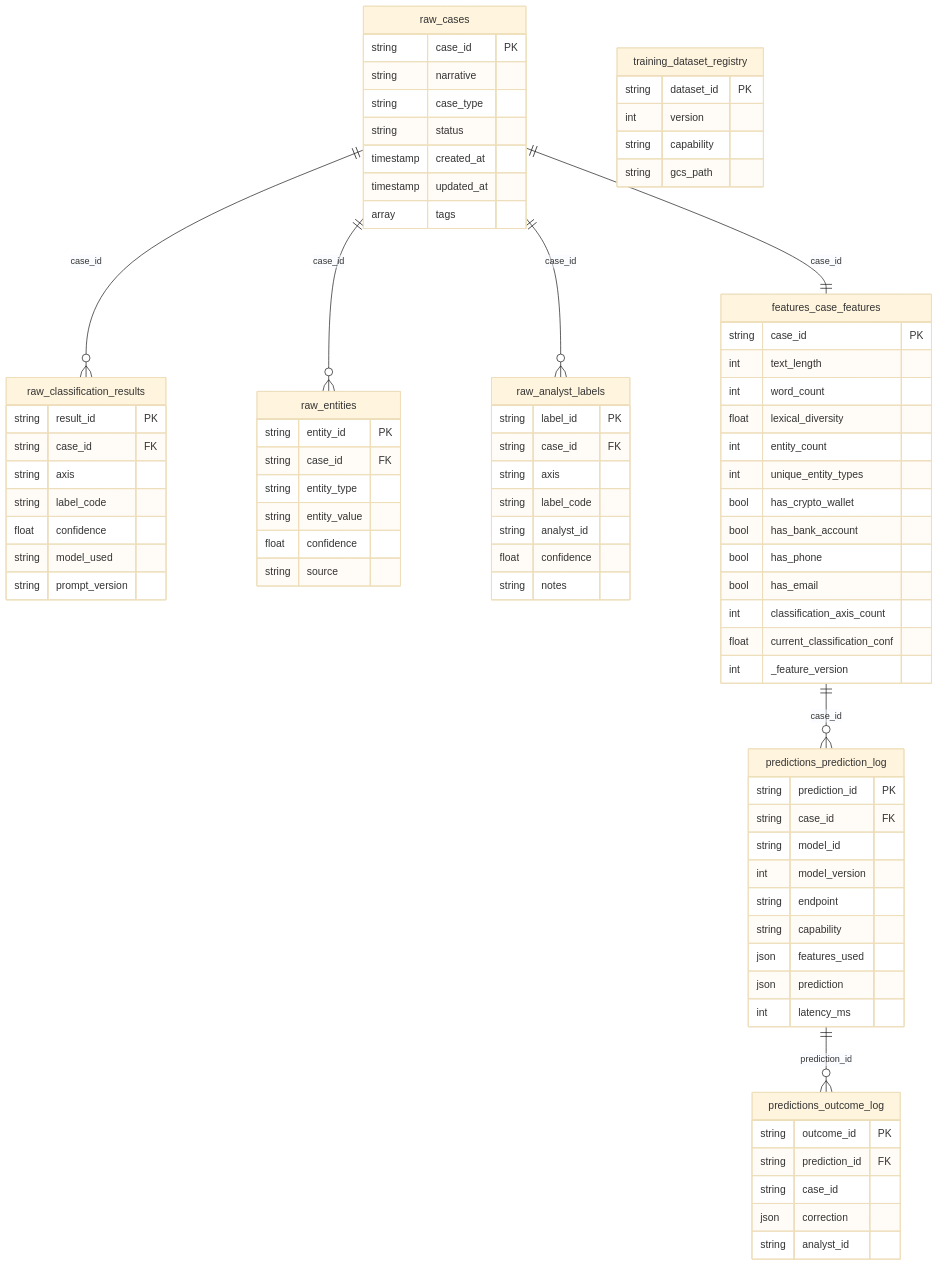
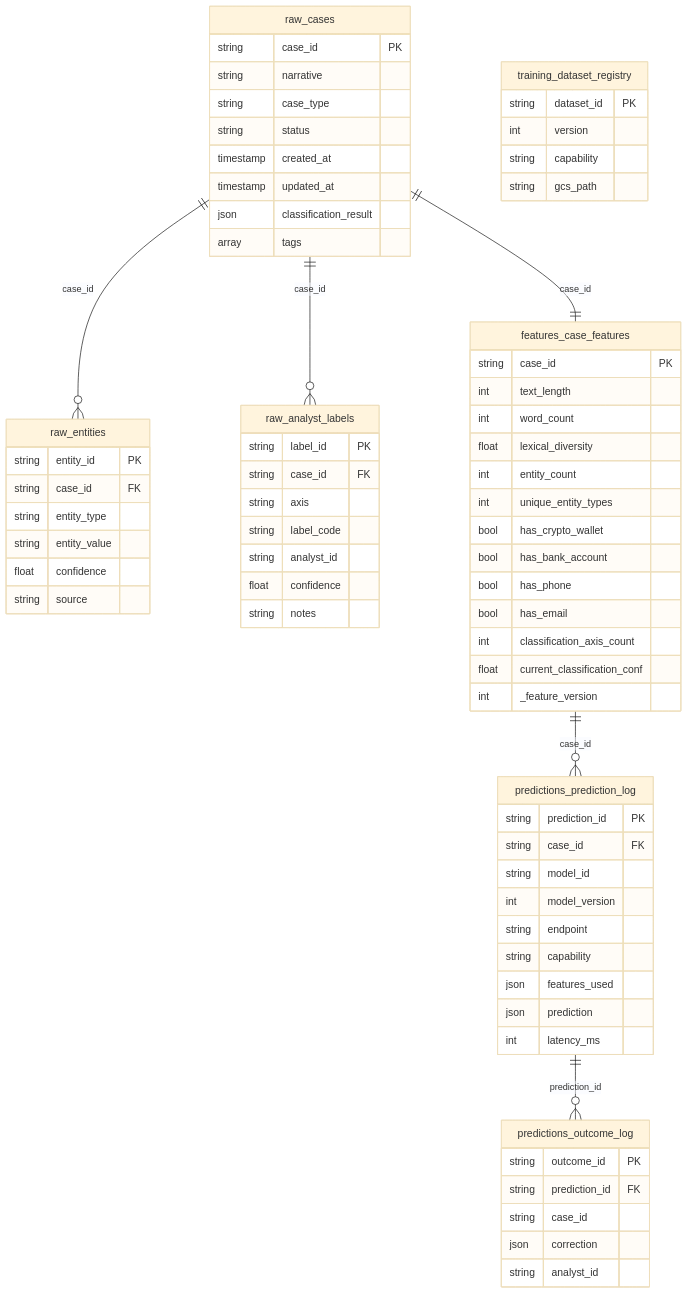
One commit to intelligenceforgood/ml changed the second of 10 diagrams in docs/design/ml_infrastructure_tdd.md. Above: the diagram before and after it, drawn with Mermaid (base theme). The commit also changed other lines of this file and 49 other files, not shown here.

Commit message:
Stand up the ML platform end-to-end. Train a first model (classification) and deploy it to a serving endpoint. Prove pipeline completeness — model quality does not matter yet.

````diff
--- a/docs/design/ml_infrastructure_tdd.md
+++ b/docs/design/ml_infrastructure_tdd.md
@@ -183,6 +183,5 @@
 ```mermaid
 erDiagram
-    raw_cases ||--o{ raw_classification_results : "case_id"
     raw_cases ||--o{ raw_entities : "case_id"
     raw_cases ||--o{ raw_analyst_labels : "case_id"
     raw_cases ||--|| features_case_features : "case_id"
@@ -202,17 +201,8 @@
         string status
         timestamp created_at
         timestamp updated_at
+        json classification_result
         array tags
-    }
-
-    raw_classification_results {
-        string result_id PK
-        string case_id FK
-        string axis
-        string label_code
-        float confidence
-        string model_used
-        string prompt_version
     }
 
     raw_entities {
````
